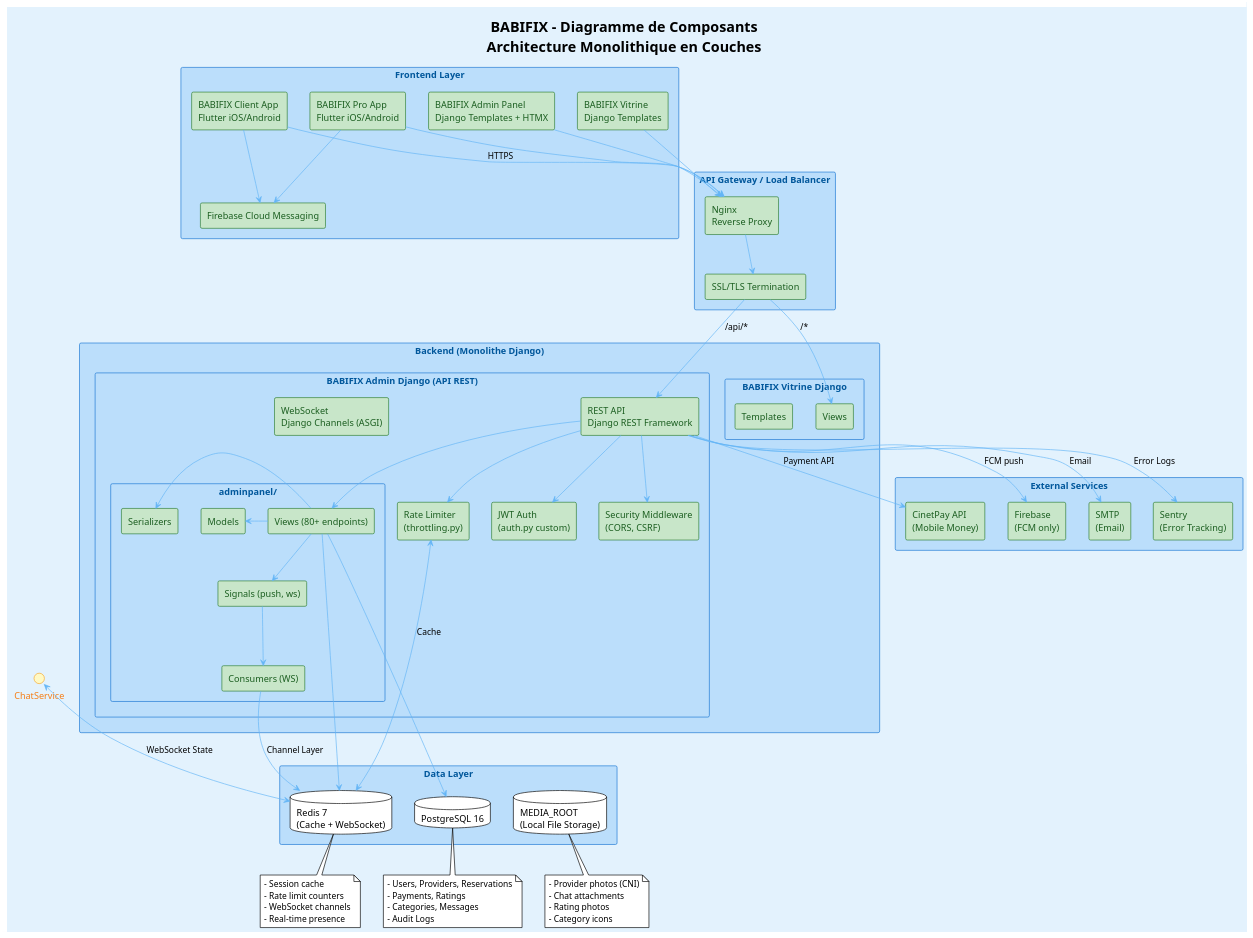
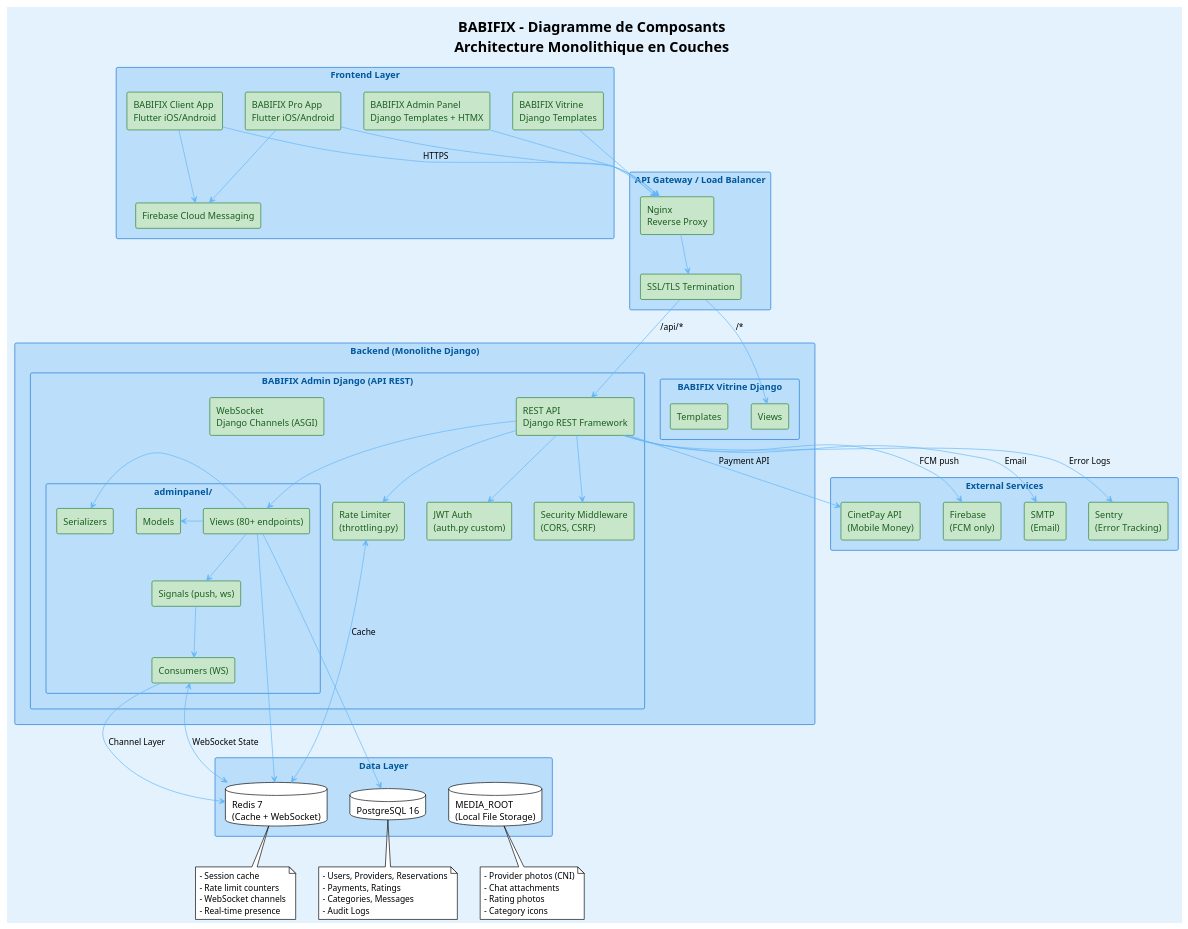
One commit to yvan2007/new-babifixbuild changed the diagram in UML_DIAGRAMMES/11_composants_architecture.puml. Above: the diagram before and after it, drawn with PlantUML. The commit also changed 7 other files, not shown here.

Commit message:
amelioration des diagrammes et rédaction

```diff
--- a/UML_DIAGRAMMES/11_composants_architecture.puml
+++ b/UML_DIAGRAMMES/11_composants_architecture.puml
@@ -1,150 +1,150 @@
 @startuml BABIFIX - Diagramme de Composants
 !theme plain
 
 skinparam backgroundColor #E3F2FD
 skinparam componentStyle rectangle
 skinparam packageStyle rectangle
 
 skinparam rectangle {
   BackgroundColor #BBDEFB
   BorderColor #1976D2
   FontColor #01579B
 }
 
 skinparam component {
   BackgroundColor #C8E6C9
   BorderColor #2E7D32
   FontColor #1B5E20
 }
 
 skinparam interface {
   BackgroundColor #FFF9C4
   BorderColor #F9A825
   FontColor #F57F17
 }
 
 skinparam arrow {
   Color #64B5F6
 }
 
 title **BABIFIX** - Diagramme de Composants\nArchitecture Monolithique en Couches
 
 package "Frontend Layer" {
 
   [BABIFIX Client App\nFlutter iOS/Android] as ClientApp
   [BABIFIX Pro App\nFlutter iOS/Android] as ProApp
   [BABIFIX Admin Panel\nDjango Templates + HTMX] as AdminPanel
   [BABIFIX Vitrine\nDjango Templates] as VitrineWeb
 
   component "Firebase Cloud Messaging" as FCM
 
   ClientApp -down-> FCM
   ProApp -down-> FCM
 }
 
 package "API Gateway / Load Balancer" {
   [Nginx\nReverse Proxy] as Nginx
   [SSL/TLS Termination] as SSL
 }
 
 package "Backend (Monolithe Django)" {
 
   package "BABIFIX Admin Django (API REST)" {
     component "REST API\nDjango REST Framework" as RESTAPI
     component "WebSocket\nDjango Channels (ASGI)" as WebSocket
     component "JWT Auth\n(auth.py custom)" as JWTAuth
     
     component "Rate Limiter\n(throttling.py)" as RateLimiter
     component "Security Middleware\n(CORS, CSRF)" as SecurityMW
     
     package "adminpanel/" {
       component "Views (80+ endpoints)" as Views
       component "Models" as Models
       component "Serializers" as Serializers
       component "Signals (push, ws)" as Signals
       component "Consumers (WS)" as Consumers
     }
   }
   
   package "BABIFIX Vitrine Django" {
     component "Views" as VitrineViews
     component "Templates" as Templates
   }
 }
 
 package "Data Layer" {
   database "PostgreSQL 16" as Postgres
   database "Redis 7\n(Cache + WebSocket)" as Redis
   database "MEDIA_ROOT\n(Local File Storage)" as Media
 }
 
 package "External Services" {
   component "CinetPay API\n(Mobile Money)" as CinetPay
   component "Firebase\n(FCM only)" as Firebase
   component "SMTP\n(Email)" as SMTP
   component "Sentry\n(Error Tracking)" as Sentry
 }
 
 ' Connections
 ClientApp -down-> Nginx : HTTPS
 ProApp -down-> Nginx
 AdminPanel -down-> Nginx
 VitrineWeb -down-> Nginx
 
 Nginx -down-> SSL
 
 ' Backend principal
 SSL -down-> RESTAPI : /api/*
 
 ' Vitrine separee
 SSL -down-> VitrineViews : /*
 
 ' Security
 RESTAPI -down-> JWTAuth
 RESTAPI -down-> SecurityMW
 RESTAPI -down-> RateLimiter
 
 ' Internals
 RESTAPI -down-> Views
 Views -left-> Models
 Views -left-> Serializers
 Views -down-> Signals
 Signals -down-> Consumers
 
 ' Database
 Views -down-> Postgres
 Views -down-> Redis
 
 ' WebSocket
 Consumers -down-> Redis : Channel Layer
-Redis <-up-> ChatService : WebSocket State
+Redis <-up-> Consumers : WebSocket State
 Redis <-up-> RateLimiter : Cache
 
 ' External services
 RESTAPI -down-> CinetPay : Payment API
 RESTAPI -down-> Firebase : FCM push
 RESTAPI -down-> SMTP : Email
 RESTAPI -down-> Sentry : Error Logs
 
 note bottom of Postgres
   - Users, Providers, Reservations
   - Payments, Ratings
   - Categories, Messages
   - Audit Logs
 end note
 
 note bottom of Redis
   - Session cache
   - Rate limit counters
   - WebSocket channels
   - Real-time presence
 end note
 
 note bottom of Media
   - Provider photos (CNI)
   - Chat attachments
   - Rating photos
   - Category icons
 end note
 
 @enduml
```
